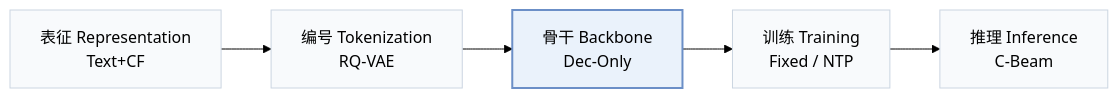
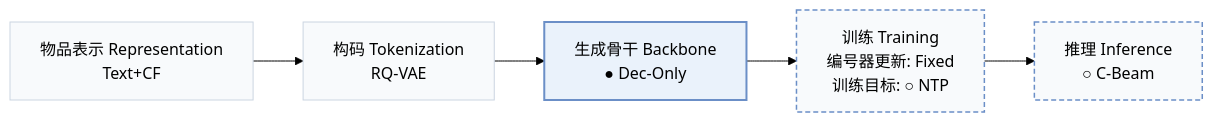
The first of 2 diagrams in pages/zh/papers/latte.md (Galaxy-ghost/Awesome-SID-Generative-Rec), drawn with Mermaid (forest theme) before and after one commit. The commit also changed other lines of this file and 558 other files, not shown here.

````diff
--- a/pages/zh/papers/latte.md
+++ b/pages/zh/papers/latte.md
@@ -15,8 +18,10 @@
 ```mermaid
 flowchart LR
-    R["表征 Representation<br/>Text+CF"] --> T["编号 Tokenization<br/>RQ-VAE"] --> B["骨干 Backbone<br/>Dec-Only"] --> TR["训练 Training<br/>Fixed / NTP"] --> I["推理 Inference<br/>C-Beam"]
+    R["物品表示 Representation<br/>Text+CF"] --> T["构码 Tokenization<br/>RQ-VAE"] --> B["生成骨干 Backbone<br/>● Dec-Only"] --> TR["训练 Training<br/>编号器更新: Fixed<br/>训练目标: ○ NTP"] --> I["推理 Inference<br/>○ C-Beam"]
     classDef base fill:#f8fafc,stroke:#cbd5e1
     class R,T,B,TR,I base
+    classDef other fill:#f8fafc,stroke:#6b8fc7,stroke-width:1.5px,stroke-dasharray:5 3
+    class TR,I other
     classDef main fill:#eaf2fb,stroke:#6b8fc7,stroke-width:2px
     class B main
 ```
````
